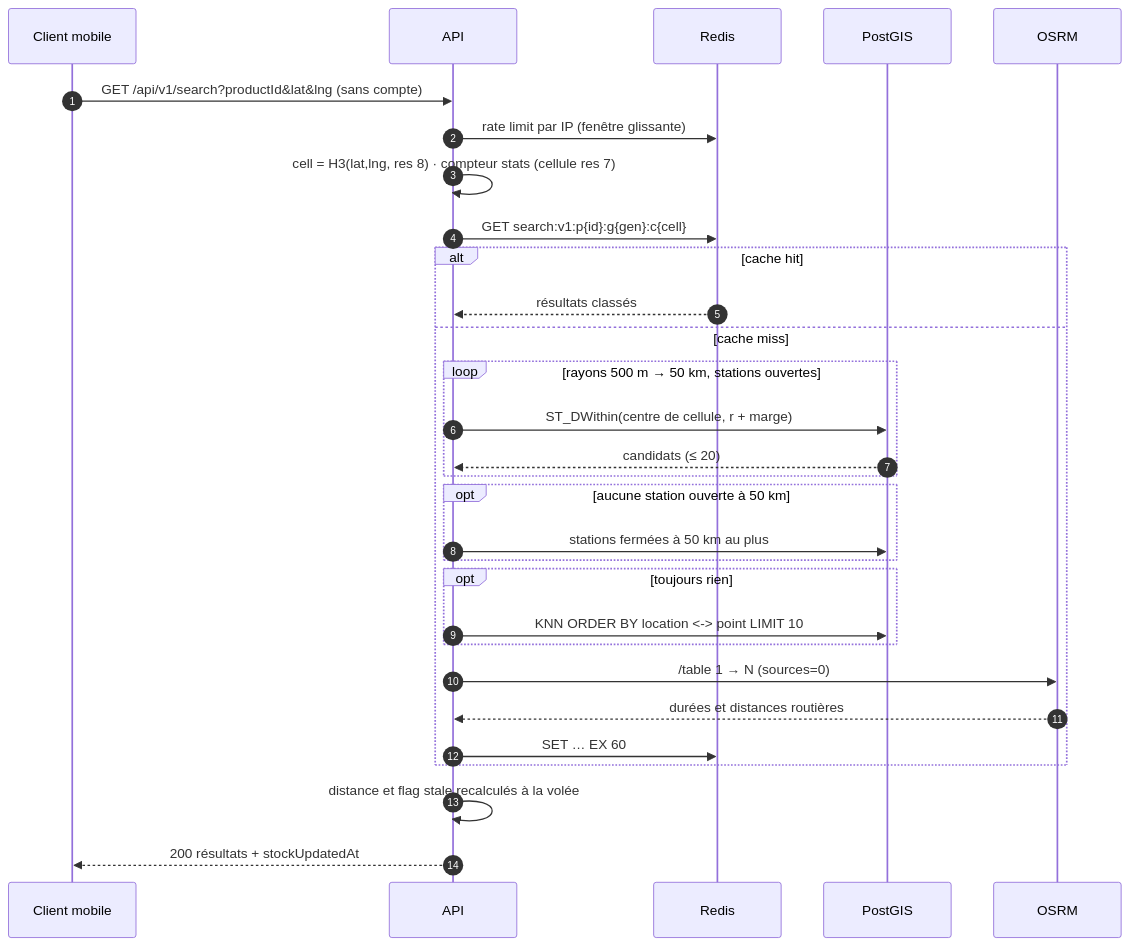
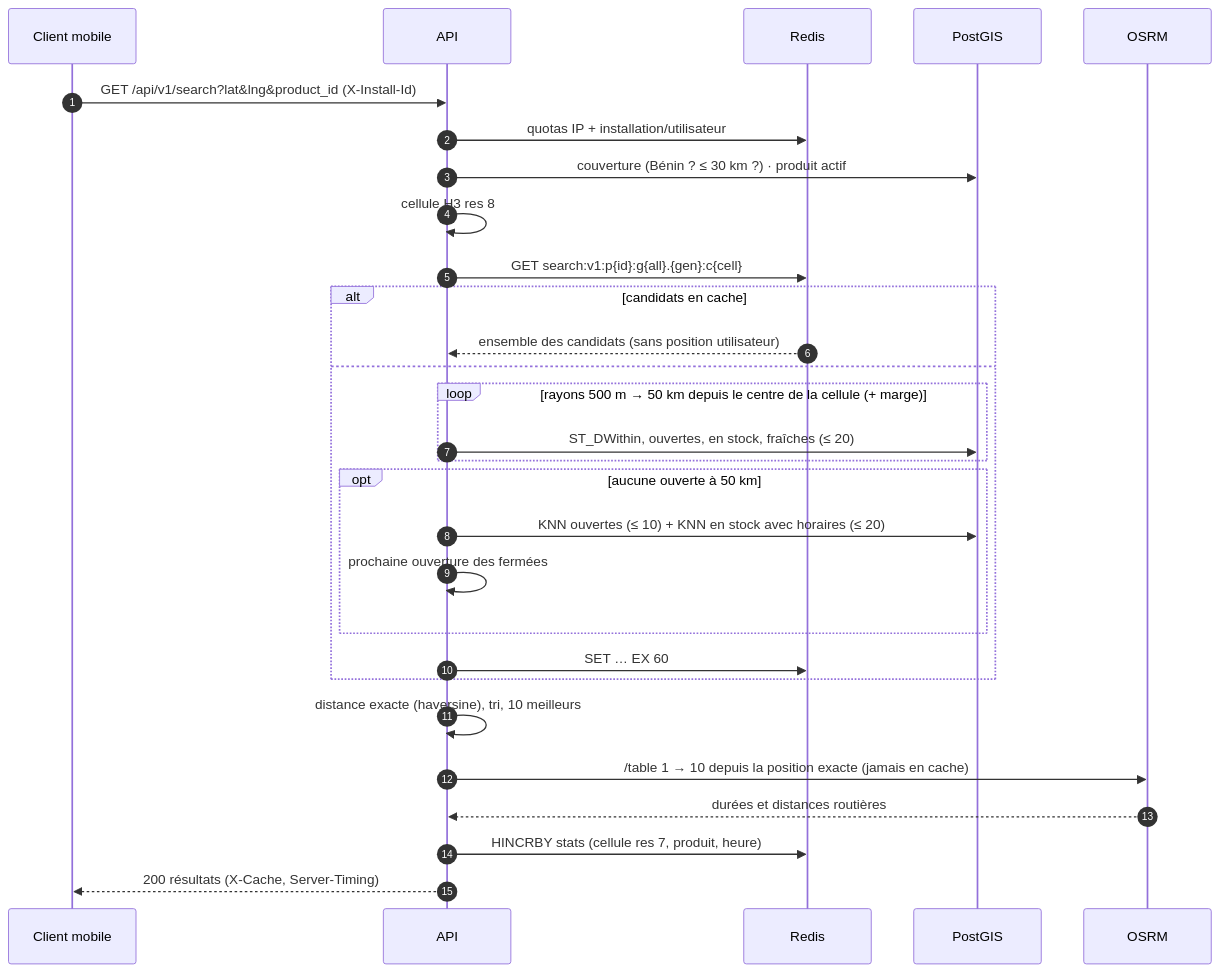
Before and after one commit to Hen17Ry/gostation: the third of 5 diagrams in docs/ARCHITECTURE.md, drawn with Mermaid. The commit also changed other lines of this file and 48 other files, not shown here.

````diff
--- a/docs/ARCHITECTURE.md
+++ b/docs/ARCHITECTURE.md
@@ -493,32 +493,31 @@
 ```mermaid
 sequenceDiagram
   autonumber
   participant C as Client mobile
   participant A as API
   participant R as Redis
   participant P as PostGIS
   participant O as OSRM
-  C->>A: GET /api/v1/search?productId&lat&lng (sans compte)
-  A->>R: rate limit par IP (fenêtre glissante)
-  A->>A: cell = H3(lat,lng, res 8) · compteur stats (cellule res 7)
-  A->>R: GET search:v1:p{id}:g{gen}:c{cell}
-  alt cache hit
-    R-->>A: résultats classés
-  else cache miss
-    loop rayons 500 m → 50 km, stations ouvertes
-      A->>P: ST_DWithin(centre de cellule, r + marge)
-      P-->>A: candidats (≤ 20)
+  C->>A: GET /api/v1/search?lat&lng&product_id (X-Install-Id)
+  A->>R: quotas IP + installation/utilisateur
+  A->>P: couverture (Bénin ? ≤ 30 km ?) · produit actif
+  A->>A: cellule H3 res 8
+  A->>R: GET search:v1:p{id}:g{all}.{gen}:c{cell}
+  alt candidats en cache
+    R-->>A: ensemble des candidats (sans position utilisateur)
+  else
+    loop rayons 500 m → 50 km depuis le centre de la cellule (+ marge)
+      A->>P: ST_DWithin, ouvertes, en stock, fraîches (≤ 20)
     end
-    opt aucune station ouverte à 50 km
-      A->>P: stations fermées à 50 km au plus
+    opt aucune ouverte à 50 km
+      A->>P: KNN ouvertes (≤ 10) + KNN en stock avec horaires (≤ 20)
+      A->>A: prochaine ouverture des fermées
     end
-    opt toujours rien
-      A->>P: KNN ORDER BY location <-> point LIMIT 10
-    end
-    A->>O: /table 1 → N (sources=0)
-    O-->>A: durées et distances routières
     A->>R: SET … EX 60
   end
-  A->>A: distance et flag stale recalculés à la volée
-  A-->>C: 200 résultats + stockUpdatedAt
+  A->>A: distance exacte (haversine), tri, 10 meilleurs
+  A->>O: /table 1 → 10 depuis la position exacte (jamais en cache)
+  O-->>A: durées et distances routières
+  A->>R: HINCRBY stats (cellule res 7, produit, heure)
+  A-->>C: 200 résultats (X-Cache, Server-Timing)
 ```
````
